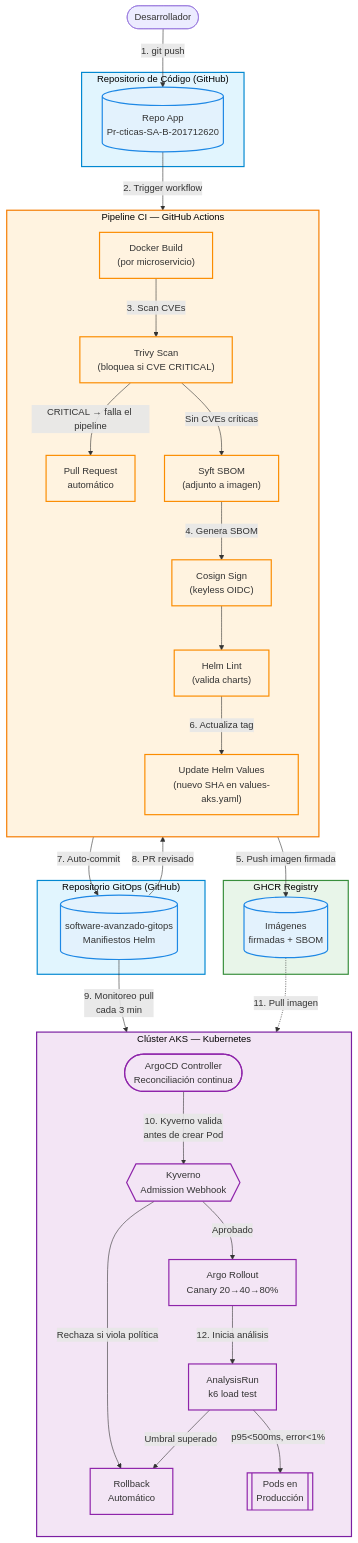
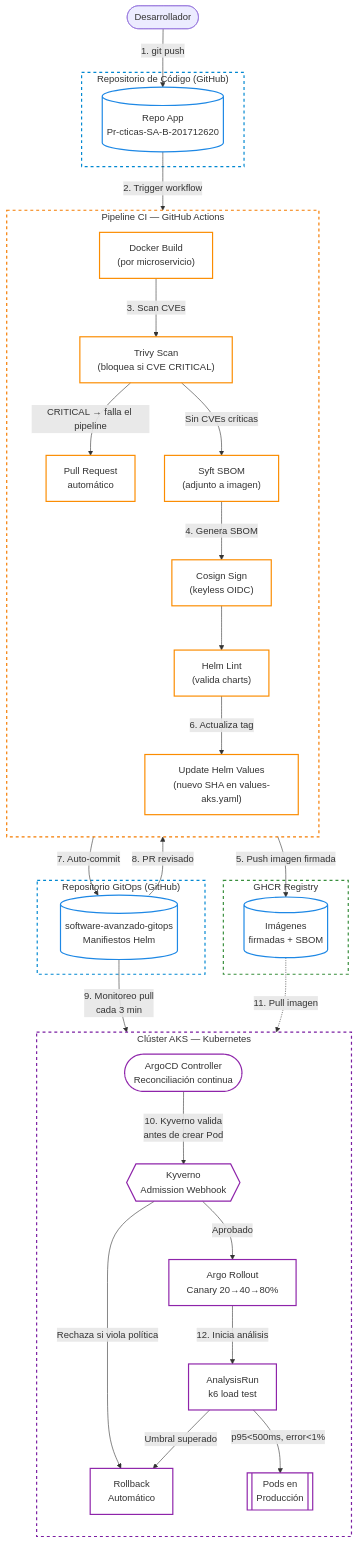
One commit to AndresCalvo98/Pr-cticas-SA-B-201712620 changed the diagram in P8/README.md. Above: the diagram before and after it, drawn with Mermaid.

Commit message:
docs: corregir legibilidad de diagrama Mermaid en Dark Mode

````diff
--- a/P8/README.md
+++ b/P8/README.md
@@ -96,67 +96,67 @@
 ```mermaid
 flowchart TD
-    classDef rep fill:#e3f2fd,stroke:#1e88e5,stroke-width:2px;
-    classDef action fill:#fff3e0,stroke:#fb8c00,stroke-width:2px;
-    classDef k8s fill:#f3e5f5,stroke:#8e24aa,stroke-width:2px;
+    classDef rep fill:transparent,stroke:#1e88e5,stroke-width:2px;
+    classDef action fill:transparent,stroke:#fb8c00,stroke-width:2px;
+    classDef k8s fill:transparent,stroke:#8e24aa,stroke-width:2px;
     
     Dev([Desarrollador])
 
     subgraph CODE ["Repositorio de Código (GitHub)"]
-        style CODE fill:#e1f5fe,stroke:#0288d1,stroke-width:2px,color:#000
+        style CODE fill:transparent,stroke:#0288d1,stroke-width:2px,stroke-dasharray: 5 5
         AppRepo[(Repo App\nPr-cticas-SA-B-201712620)]:::rep
     end
 
     subgraph CI ["Pipeline CI — GitHub Actions"]
-        style CI fill:#fff3e0,stroke:#f57c00,stroke-width:2px,color:#000
+        style CI fill:transparent,stroke:#f57c00,stroke-width:2px,stroke-dasharray: 5 5
         direction TB
         Build["Docker Build\n(por microservicio)"]:::action
         TrivyScan["Trivy Scan\n(bloquea si CVE CRITICAL)"]:::action
         SBOMGen["Syft SBOM\n(adjunto a imagen)"]:::action
         CosignSign["Cosign Sign\n(keyless OIDC)"]:::action
         HelmLint["Helm Lint\n(valida charts)"]:::action
         UpdateValues["Update Helm Values\n(nuevo SHA en values-aks.yaml)"]:::action
         PR["Pull Request\nautomático"]:::action
     end
 
     subgraph REGISTRY ["GHCR Registry"]
-        style REGISTRY fill:#e8f5e9,stroke:#388e3c,stroke-width:2px,color:#000
+        style REGISTRY fill:transparent,stroke:#388e3c,stroke-width:2px,stroke-dasharray: 5 5
         Images[(Imágenes\nfirmadas + SBOM)]:::rep
     end
 
     subgraph GITOPS ["Repositorio GitOps (GitHub)"]
-        style GITOPS fill:#e1f5fe,stroke:#0288d1,stroke-width:2px,color:#000
+        style GITOPS fill:transparent,stroke:#0288d1,stroke-width:2px,stroke-dasharray: 5 5
         ConfigRepo[(software-avanzado-gitops\nManifiestos Helm)]:::rep
     end
 
     subgraph CLUSTER ["Clúster AKS — Kubernetes"]
-        style CLUSTER fill:#f3e5f5,stroke:#7b1fa2,stroke-width:2px,color:#000
+        style CLUSTER fill:transparent,stroke:#7b1fa2,stroke-width:2px,stroke-dasharray: 5 5
         direction TB
         Kyverno{{"Kyverno\nAdmission Webhook"}}:::k8s
         ArgoCD(["ArgoCD Controller\nReconciliación continua"]):::k8s
         Rollout["Argo Rollout\nCanary 20→40→80%"]:::k8s
         Analysis["AnalysisRun\nk6 load test"]:::k8s
         Pods[["Pods en\nProducción"]]:::k8s
         Rollback["Rollback\nAutomático"]:::k8s
     end
 
     Dev -->|"1. git push"| AppRepo
     AppRepo -->|"2. Trigger workflow"| Build
     Build -->|"3. Scan CVEs"| TrivyScan
     TrivyScan -->|"CRITICAL → falla el pipeline"| PR
     TrivyScan -->|"Sin CVEs críticas"| SBOMGen
     SBOMGen -->|"4. Genera SBOM"| CosignSign
     CosignSign -->|"5. Push imagen firmada"| Images
     CosignSign --> HelmLint
     HelmLint -->|"6. Actualiza tag"| UpdateValues
     UpdateValues -->|"7. Auto-commit"| ConfigRepo
     ConfigRepo -->|"8. PR revisado"| PR
 
     ConfigRepo -->|"9. Monitoreo pull\ncada 3 min"| ArgoCD
     ArgoCD -->|"10. Kyverno valida\nantes de crear Pod"| Kyverno
     Kyverno -->|"Rechaza si viola política"| Rollback
     Kyverno -->|"Aprobado"| Rollout
     Images -.->|"11. Pull imagen"| Rollout
     Rollout -->|"12. Inicia análisis"| Analysis
     Analysis -->|"p95<500ms, error<1%"| Pods
     Analysis -->|"Umbral superado"| Rollback
 ```
````
